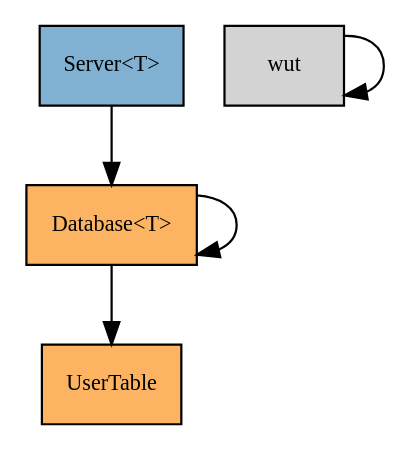
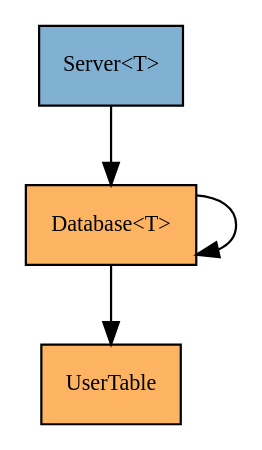
One commit to dylanowen/archi-zoom changed the diagram in web/diagrams/root.dot. Above: the diagram before and after it, drawn with Graphviz. The commit also changed 6 other files, not shown here.

```diff
--- a/web/diagrams/root.dot
+++ b/web/diagrams/root.dot
@@ -1,24 +1,22 @@
 digraph "Root" {
     node [shape=box style=filled fontname="Fira Code" fontsize=10]
     edge [fontname="Fira Code" fontsize=10]
     node [colorscheme=set312 shape=plaintext]
 
     subgraph main {
         node [fillcolor=5];
 
         Server [label="\N\<T\>" href="server.svg#archizoom:link"]
     }
 
     subgraph branch {
         node [fillcolor=6];
 
         Database [label="\N\<T\>"]
 
         UserTable
     }
 
     Server -> Database -> UserTable
     Database -> Database [href="server.svg"]
-    wut
-    wut -> wut
 }
```
